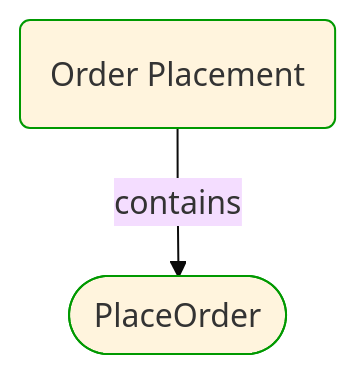
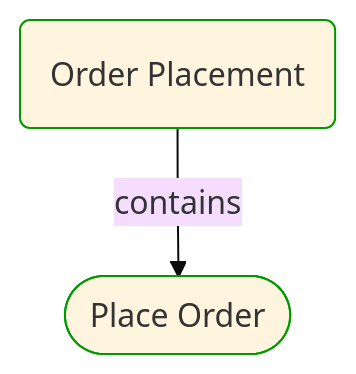
Before and after one commit to itlibrium/DDD-starter-dotnet: the third of 5 diagrams in Docs/P3/MermaidOutput/Domain/Concepts/Sales/OnlineOrdering/OrderPlacement/OrderPlacement.md, drawn with Mermaid (base theme). The commit also changed other lines of this file and 51 other files, not shown here.

````diff
--- a/Docs/P3/MermaidOutput/Domain/Concepts/Sales/OnlineOrdering/OrderPlacement/OrderPlacement.md
+++ b/Docs/P3/MermaidOutput/Domain/Concepts/Sales/OnlineOrdering/OrderPlacement/OrderPlacement.md
@@ -53,11 +53,11 @@
 ```mermaid
   flowchart TB
     0(Order Placement)
     class 0 DomainPerspective
-    1([PlaceOrder])
+    1([Place Order])
     class 1 DomainPerspective
     0-->|contains|1
     classDef DomainPerspective stroke:#009900
     classDef TechnologyPerspective stroke:#1F41EB
     classDef PeoplePerspective stroke:#FFF014
 ```
````
